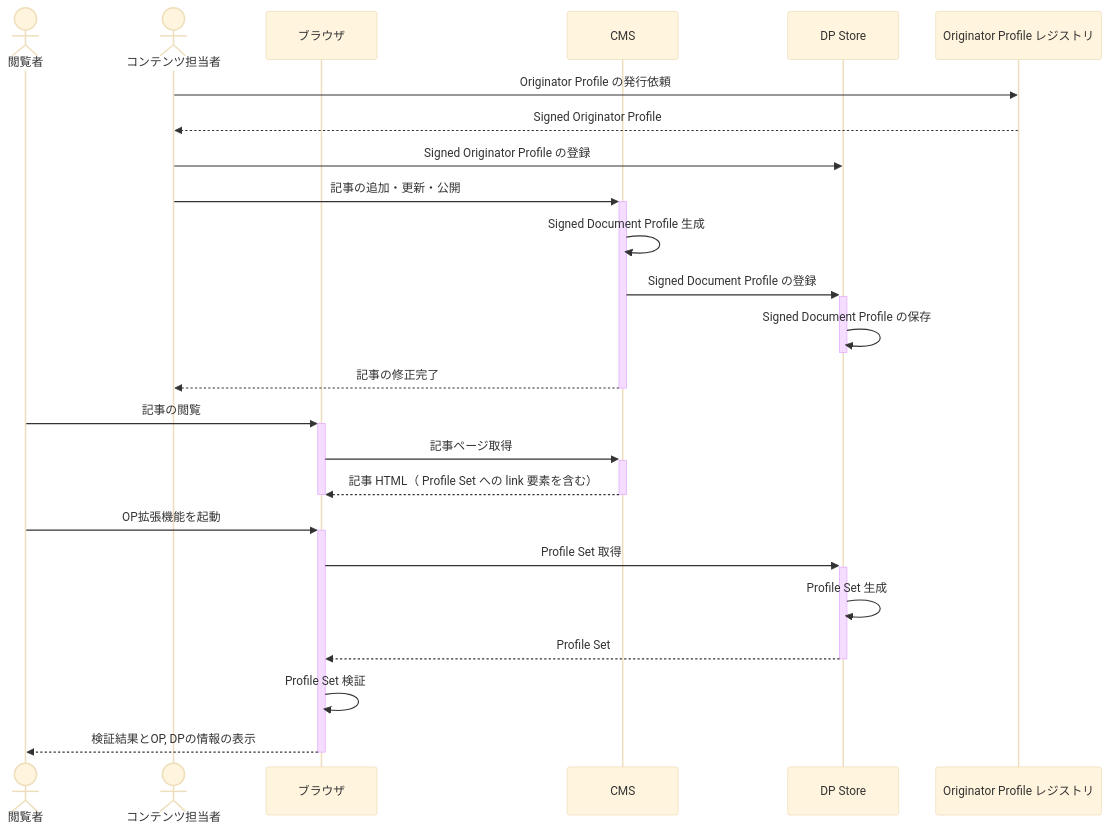
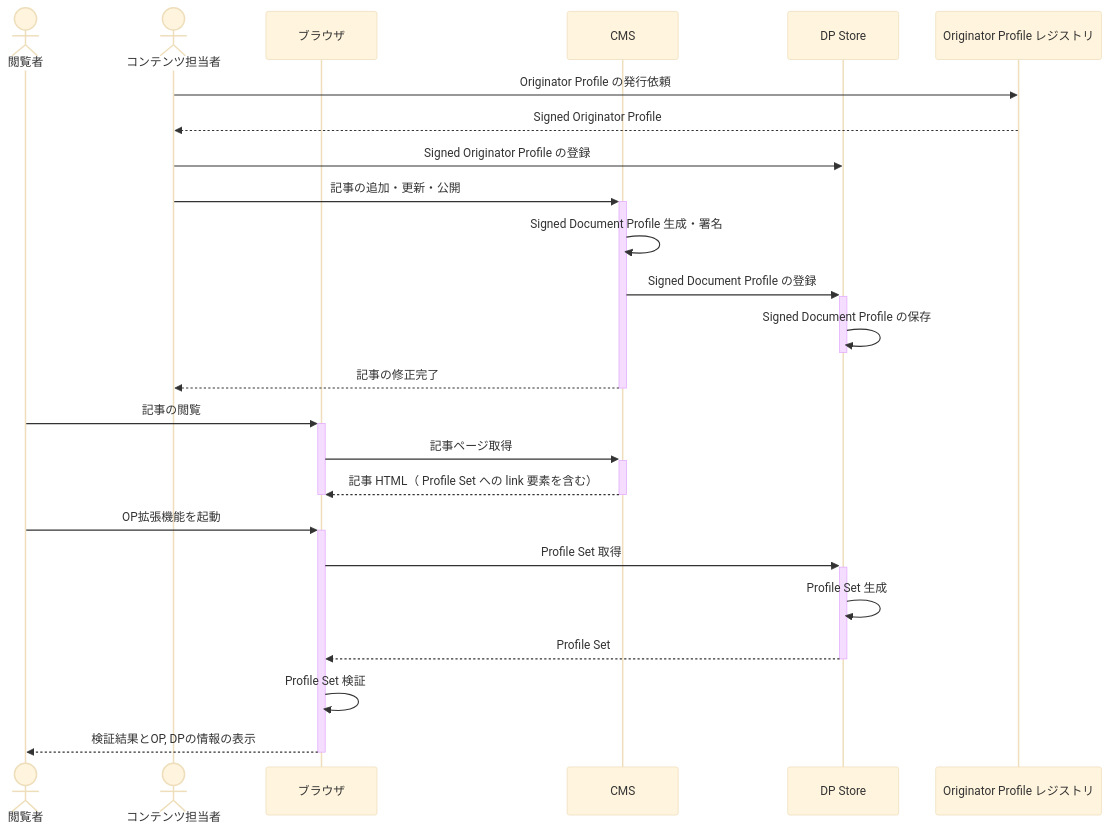
Before and after one commit to originator-profile/profile-share: the diagram in docs/integration-development/dp-store.mdx, drawn with Mermaid (base theme). The commit also changed other lines of this file and 4 other files, not shown here.

First line of the commit message:
docs: 図を Interop の資料に合わせて更新 (#1447)

````diff
--- a/docs/integration-development/dp-store.mdx
+++ b/docs/integration-development/dp-store.mdx
@@ -21,32 +21,32 @@
 ```mermaid
 sequenceDiagram
 actor 閲覧者
 actor コンテンツ担当者
 participant ブラウザ
 participant CMS
 participant DP Store
 participant Originator Profile レジストリ
 
 コンテンツ担当者->>Originator Profile レジストリ: Originator Profile の発行依頼
 Originator Profile レジストリ-->>コンテンツ担当者: Signed Originator Profile
 コンテンツ担当者->>DP Store: Signed Originator Profile の登録
 
 コンテンツ担当者->>+CMS: 記事の追加・更新・公開
-CMS->>CMS: Signed Document Profile 生成
+CMS->>CMS: Signed Document Profile 生成・署名
 CMS->>+DP Store: Signed Document Profile の登録
 DP Store->>-DP Store: Signed Document Profile の保存
 CMS-->>-コンテンツ担当者: 記事の修正完了
 
 閲覧者->>+ブラウザ: 記事の閲覧
 ブラウザ->>+CMS: 記事ページ取得
 CMS-->>-ブラウザ: 記事 HTML（ Profile Set への link 要素を含む）
 deactivate ブラウザ
 
 閲覧者->>+ブラウザ: OP拡張機能を起動
 ブラウザ->>+DP Store: Profile Set 取得
 DP Store->>DP Store: Profile Set 生成
 DP Store-->>-ブラウザ: Profile Set
 
 ブラウザ->>ブラウザ: Profile Set 検証
 ブラウザ-->>-閲覧者: 検証結果とOP, DPの情報の表示
 ```
````
